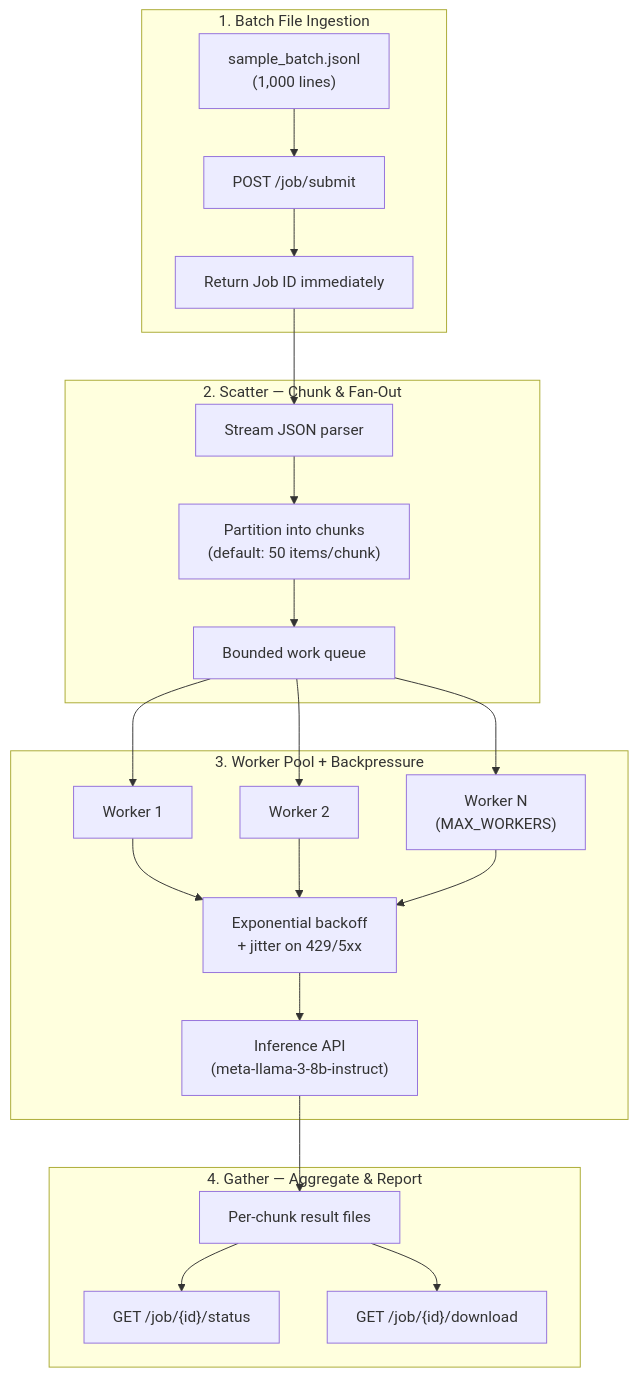
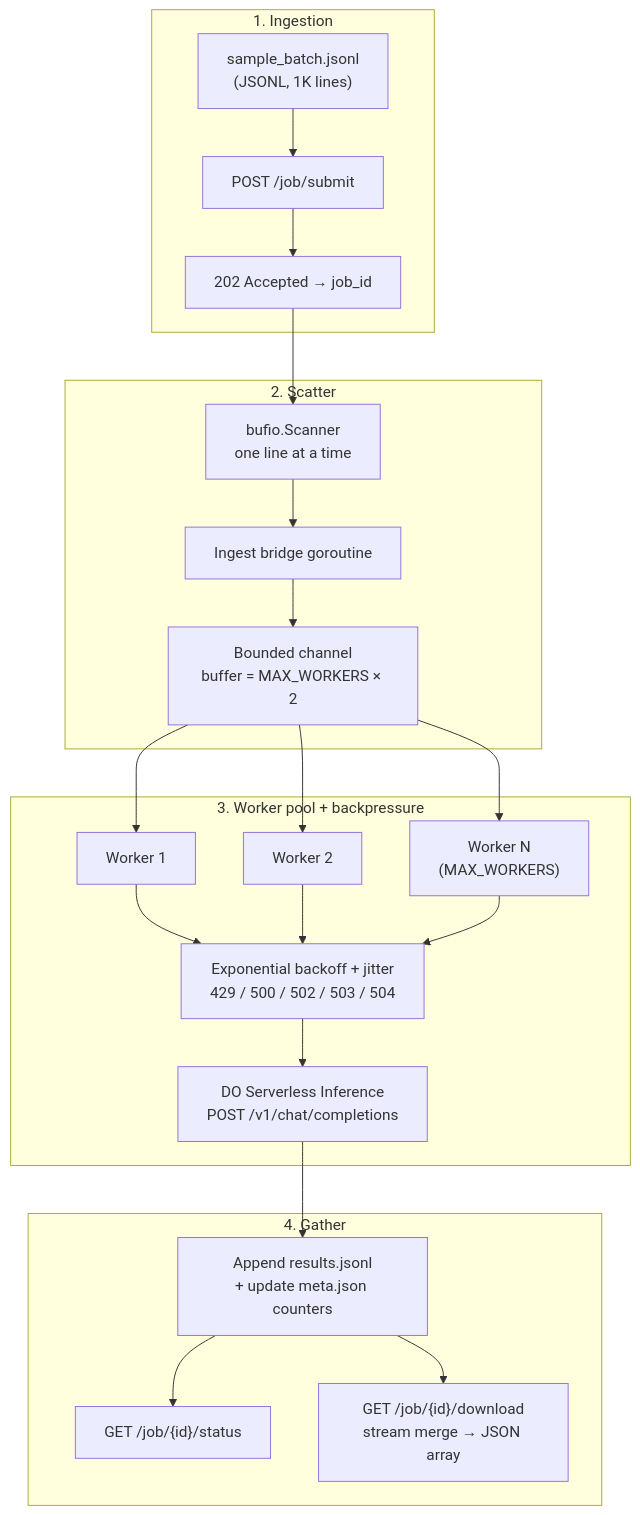
Before and after one commit to amit-chahar/batch-inference-engine: the diagram in docs/architecture.md, drawn with Mermaid. The commit also changed other lines of this file and 2 other files, not shown here.

First line of the commit message:
docs: README quickstart and architecture diagram

````diff
--- a/docs/architecture.md
+++ b/docs/architecture.md
@@ -5,35 +7,34 @@
 ```mermaid
 flowchart TB
-    subgraph ingestion["1. Batch File Ingestion"]
-        JSON["sample_batch.jsonl<br/>(1,000 lines)"]
+    subgraph ingestion["1. Ingestion"]
+        JSONL["sample_batch.jsonl<br/>(JSONL, 1K lines)"]
         Submit["POST /job/submit"]
-        JobID["Return Job ID immediately"]
-        JSON --> Submit --> JobID
+        JobID["202 Accepted → job_id"]
+        JSONL --> Submit --> JobID
     end
 
-    subgraph scatter["2. Scatter — Chunk & Fan-Out"]
-        Parser["Stream JSON parser"]
-        Chunker["Partition into chunks<br/>(default: 50 items/chunk)"]
-        Queue["Bounded work queue"]
-        Parser --> Chunker --> Queue
+    subgraph scatter["2. Scatter"]
+        Scanner["bufio.Scanner<br/>one line at a time"]
+        Bridge["Ingest bridge goroutine"]
+        Queue["Bounded channel<br/>buffer = MAX_WORKERS × 2"]
+        JobID --> Scanner
+        Scanner --> Bridge --> Queue
     end
 
-    subgraph pool["3. Worker Pool + Backpressure"]
+    subgraph pool["3. Worker pool + backpressure"]
         W1["Worker 1"]
         W2["Worker 2"]
         WN["Worker N<br/>(MAX_WORKERS)"]
         Queue --> W1 & W2 & WN
-        W1 & W2 & WN --> Backoff["Exponential backoff<br/>+ jitter on 429/5xx"]
-        Backoff --> Inference["Inference API<br/>(meta-llama-3-8b-instruct)"]
+        W1 & W2 & WN --> Backoff["Exponential backoff + jitter<br/>429 / 500 / 502 / 503 / 504"]
+        Backoff --> Inference["DO Serverless Inference<br/>POST /v1/chat/completions"]
     end
 
-    subgraph gather["4. Gather — Aggregate & Report"]
-        Results["Per-chunk result files"]
+    subgraph gather["4. Gather"]
+        Store["Append results.jsonl<br/>+ update meta.json counters"]
         Status["GET /job/{id}/status"]
-        Download["GET /job/{id}/download"]
-        Inference --> Results
-        Results --> Status & Download
+        Download["GET /job/{id}/download<br/>stream merge → JSON array"]
+        Inference --> Store
+        Store --> Status & Download
     end
-
-    JobID --> Parser
 ```
````
